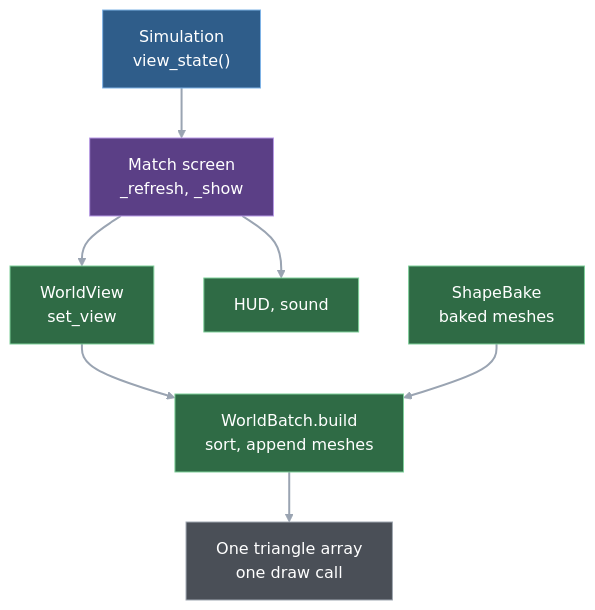
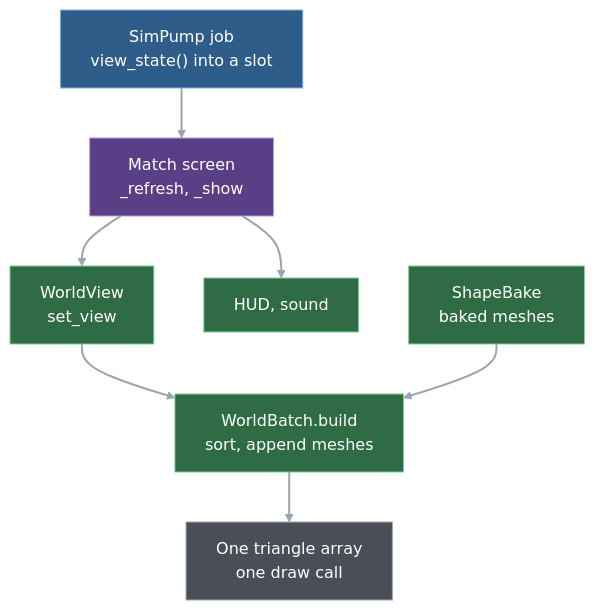
Before and after one commit to blackcindergames/wargrid: the first of 3 diagrams in docs/guide/05-presentation.md, drawn with Mermaid. The commit also changed other lines of this file and 13 other files, not shown here.

````diff
--- a/docs/guide/05-presentation.md
+++ b/docs/guide/05-presentation.md
@@ -7,18 +7,18 @@
 ```mermaid
 flowchart TD
-    sim["Simulation<br/>view_state()"] --> drv["Match screen<br/>_refresh, _show"]
+    sim["SimPump job<br/>view_state() into a slot"] --> drv["Match screen<br/>_refresh, _show"]
     drv --> view["WorldView<br/>set_view"]
     drv --> hud["HUD, sound"]
     view --> batch["WorldBatch.build<br/>sort, append meshes"]
     bake["ShapeBake<br/>baked meshes"] --> batch
     batch --> gpu["One triangle array<br/>one draw call"]
     classDef sim fill:#2f5d8a,stroke:#7fb3e6,color:#ffffff
     classDef pres fill:#2f6b45,stroke:#7fd09a,color:#ffffff
     classDef driver fill:#5b3f86,stroke:#b79ae6,color:#ffffff
     classDef ext fill:#4a4f57,stroke:#a0a7b1,color:#ffffff
     class sim sim
     class drv driver
     class view,hud,batch,bake pres
     class gpu ext
     linkStyle default stroke:#9aa4b2,stroke-width:2px
 ```
````
